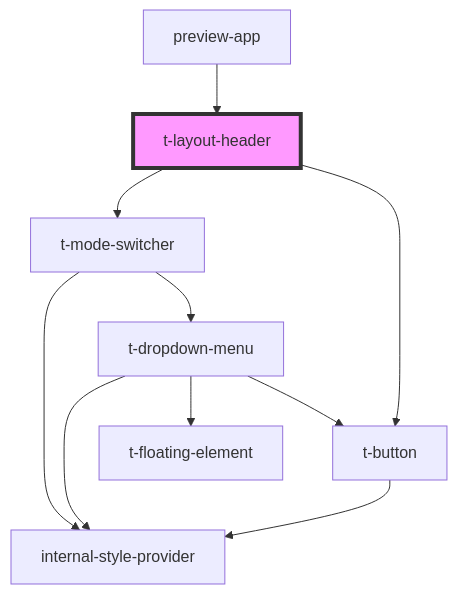
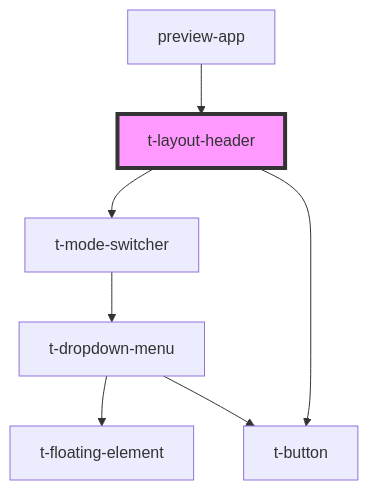
The diagram in packages/t-web-components/src/components/t-layout-header/readme.md (TomasEng/web-components), drawn with Mermaid before and after one commit. The commit also changed 63 other files, not shown here.

````diff
--- a/packages/t-web-components/src/components/t-layout-header/readme.md
+++ b/packages/t-web-components/src/components/t-layout-header/readme.md
@@ -28,13 +28,10 @@
 ```mermaid
 graph TD;
   t-layout-header --> t-mode-switcher
   t-layout-header --> t-button
-  t-mode-switcher --> internal-style-provider
   t-mode-switcher --> t-dropdown-menu
-  t-dropdown-menu --> internal-style-provider
   t-dropdown-menu --> t-floating-element
   t-dropdown-menu --> t-button
-  t-button --> internal-style-provider
   preview-app --> t-layout-header
   style t-layout-header fill:#f9f,stroke:#333,stroke-width:4px
 ```
````
